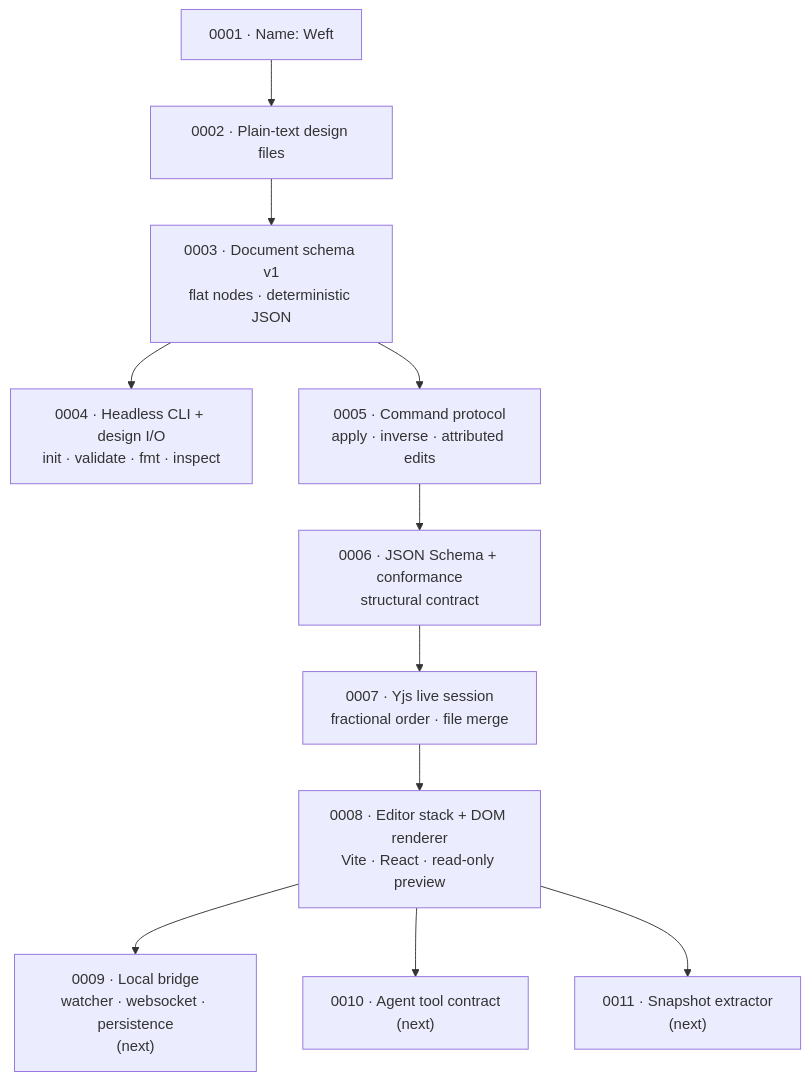
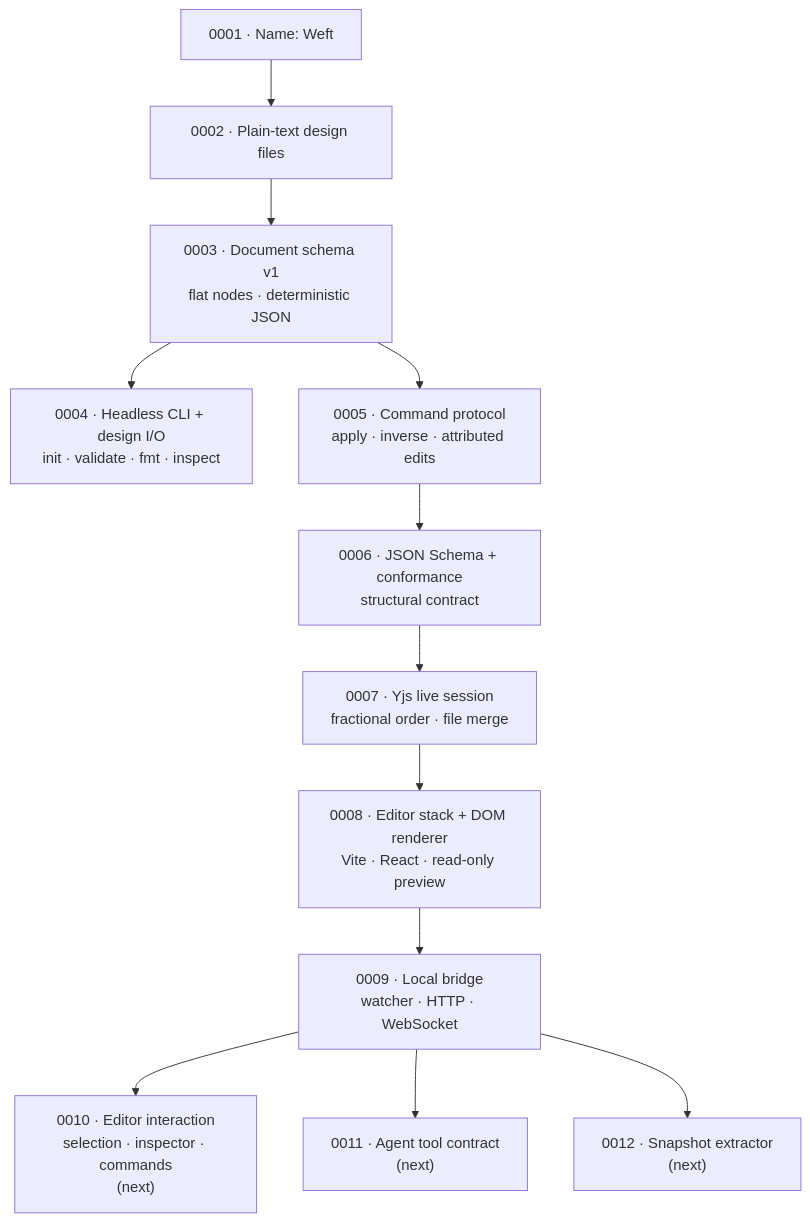
One commit to Pranesh-Selvaraj/Weft changed the diagram in docs/decisions/README.md. Above: the diagram before and after it, drawn with Mermaid. The commit also changed other lines of this file and 26 other files, not shown here.

First line of the commit message:
Add the local live bridge and live preview

````diff
--- a/docs/decisions/README.md
+++ b/docs/decisions/README.md
@@ -31,13 +32,14 @@
 ```mermaid
 graph TD
     A["0001 · Name: Weft"] --> B["0002 · Plain-text design files"]
     B --> C["0003 · Document schema v1<br/>flat nodes · deterministic JSON"]
     C --> D["0004 · Headless CLI + design I/O<br/>init · validate · fmt · inspect"]
     C --> E["0005 · Command protocol<br/>apply · inverse · attributed edits"]
     E --> F["0006 · JSON Schema + conformance<br/>structural contract"]
     F --> G["0007 · Yjs live session<br/>fractional order · file merge"]
     G --> H["0008 · Editor stack + DOM renderer<br/>Vite · React · read-only preview"]
-    H --> I["0009 · Local bridge<br/>watcher · websocket · persistence<br/>(next)"]
-    H --> J["0010 · Agent tool contract<br/>(next)"]
-    H --> K["0011 · Snapshot extractor<br/>(next)"]
+    H --> I["0009 · Local bridge<br/>watcher · HTTP · WebSocket"]
+    I --> J["0010 · Editor interaction<br/>selection · inspector · commands<br/>(next)"]
+    I --> K["0011 · Agent tool contract<br/>(next)"]
+    I --> L["0012 · Snapshot extractor<br/>(next)"]
 ```
````
